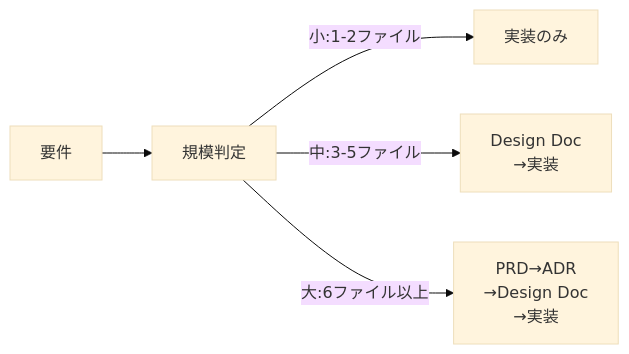
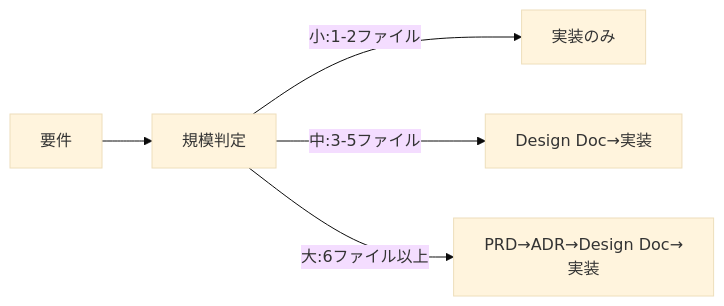
Before and after one commit to shinpr/ai-coding-project-boilerplate: the first of 2 diagrams in docs/guides/ja/use-cases.md, drawn with Mermaid (base theme). The commit also changed other lines of this file and 2 other files, not shown here.

First line of the commit message:
fix: resolve mermaid diagram syntax errors and update article link

````diff
--- a/docs/guides/ja/use-cases.md
+++ b/docs/guides/ja/use-cases.md
@@ -17,7 +17,7 @@
 ```mermaid
 graph LR
     A[要件] --> B[規模判定]
     B -->|小:1-2ファイル| C[実装のみ]
-    B -->|中:3-5ファイル| D[Design Doc<br>→実装]
-    B -->|大:6ファイル以上| E[PRD→ADR<br>→Design Doc<br>→実装]
+    B -->|中:3-5ファイル| D[Design Doc→実装]
+    B -->|大:6ファイル以上| E[PRD→ADR→Design Doc→実装]
 ```
````
